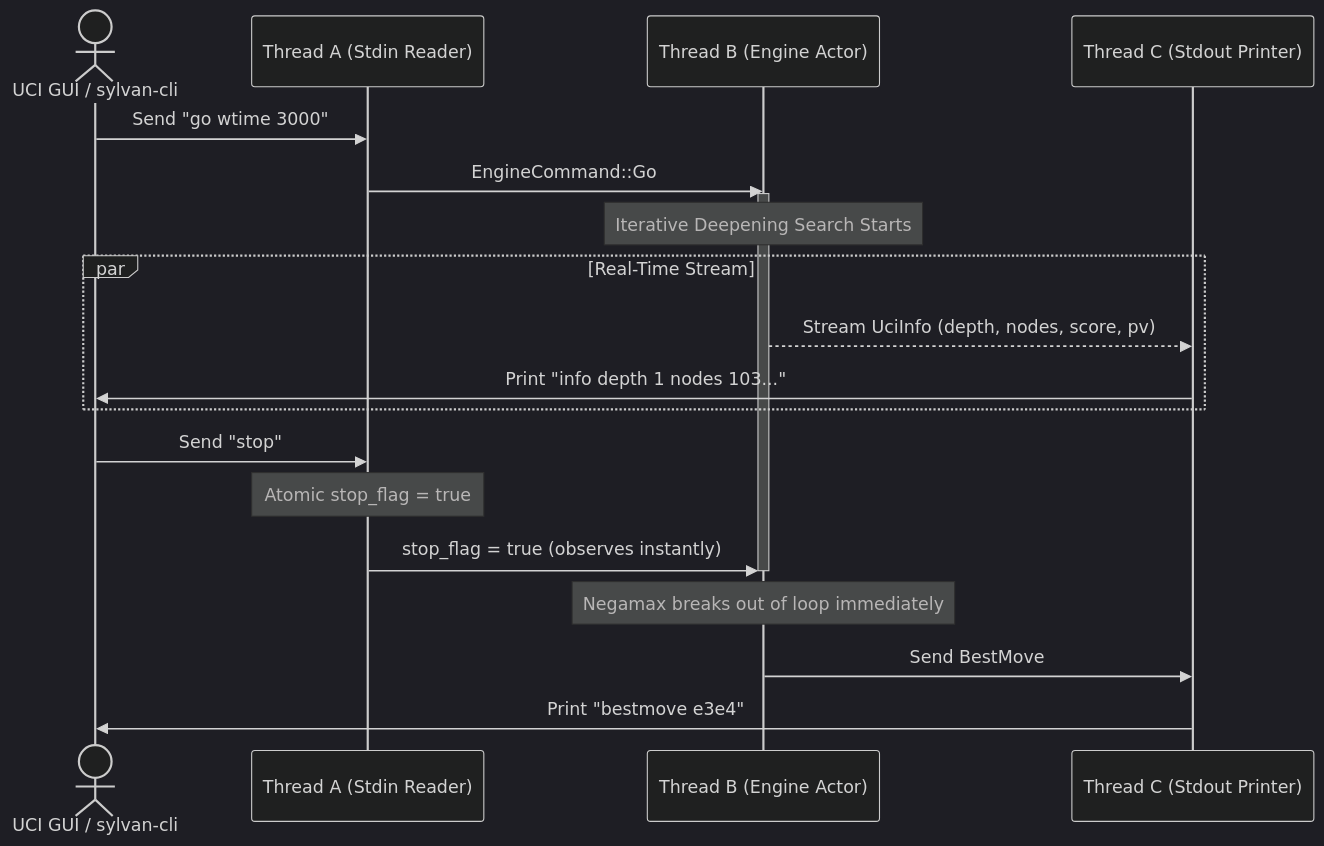
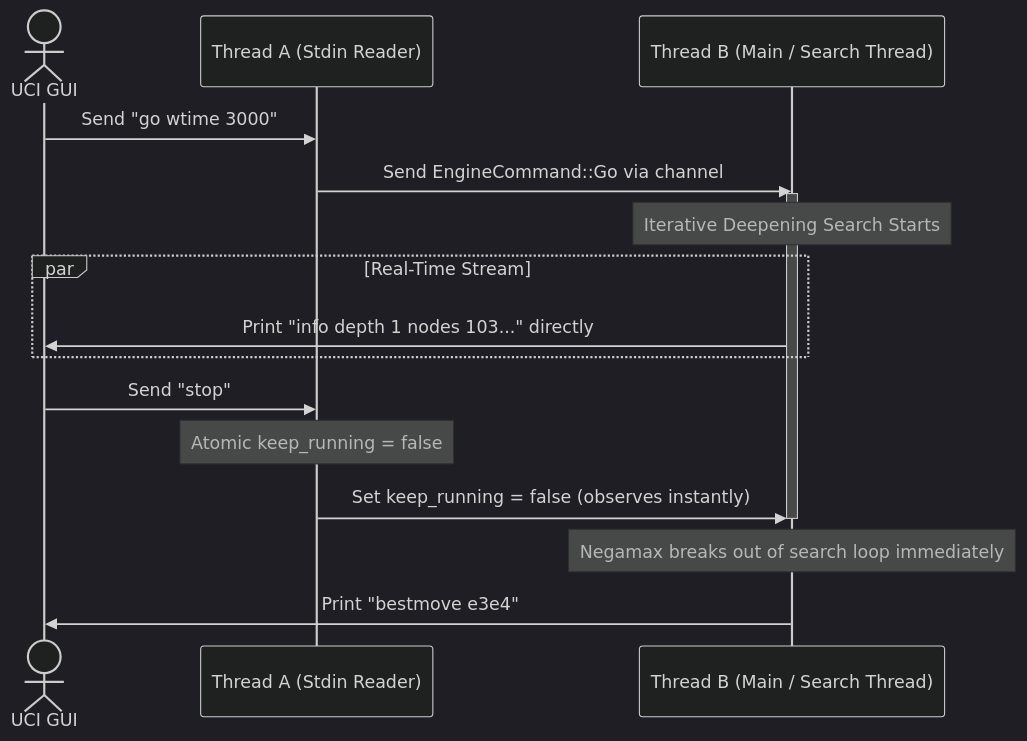
The fifth of 5 diagrams in DOCS.md (tuasananh/lingine), drawn with Mermaid (dark theme) before and after one commit. The commit also changed other lines of this file and 15 other files, not shown here.

````diff
--- a/DOCS.md
+++ b/DOCS.md
@@ -759,26 +993,23 @@
 ```mermaid
 sequenceDiagram
-    actor GUI as UCI GUI / sylvan-cli
+    actor GUI as UCI GUI
     participant A as Thread A (Stdin Reader)
-    participant B as Thread B (Engine Actor)
-    participant C as Thread C (Stdout Printer)
+    participant B as Thread B (Main / Search Thread)
 
     GUI->>A: Send "go wtime 3000"
-    A->>B: EngineCommand::Go
+    A->>B: Send EngineCommand::Go via channel
     activate B
     Note over B: Iterative Deepening Search Starts
 
     par Real-Time Stream
-        B-->>C: Stream UciInfo (depth, nodes, score, pv)
-        C->>GUI: Print "info depth 1 nodes 103..."
+        B->>GUI: Print "info depth 1 nodes 103..." directly
     end
 
     GUI->>A: Send "stop"
-    Note over A: Atomic stop_flag = true
-    A->>B: stop_flag = true (observes instantly)
+    Note over A: Atomic keep_running = false
+    A->>B: Set keep_running = false (observes instantly)
     deactivate B
-    Note over B: Negamax breaks out of loop immediately
+    Note over B: Negamax breaks out of search loop immediately
 
-    B->>C: Send BestMove
-    C->>GUI: Print "bestmove e3e4"
+    B->>GUI: Print "bestmove e3e4"
 ```
````
